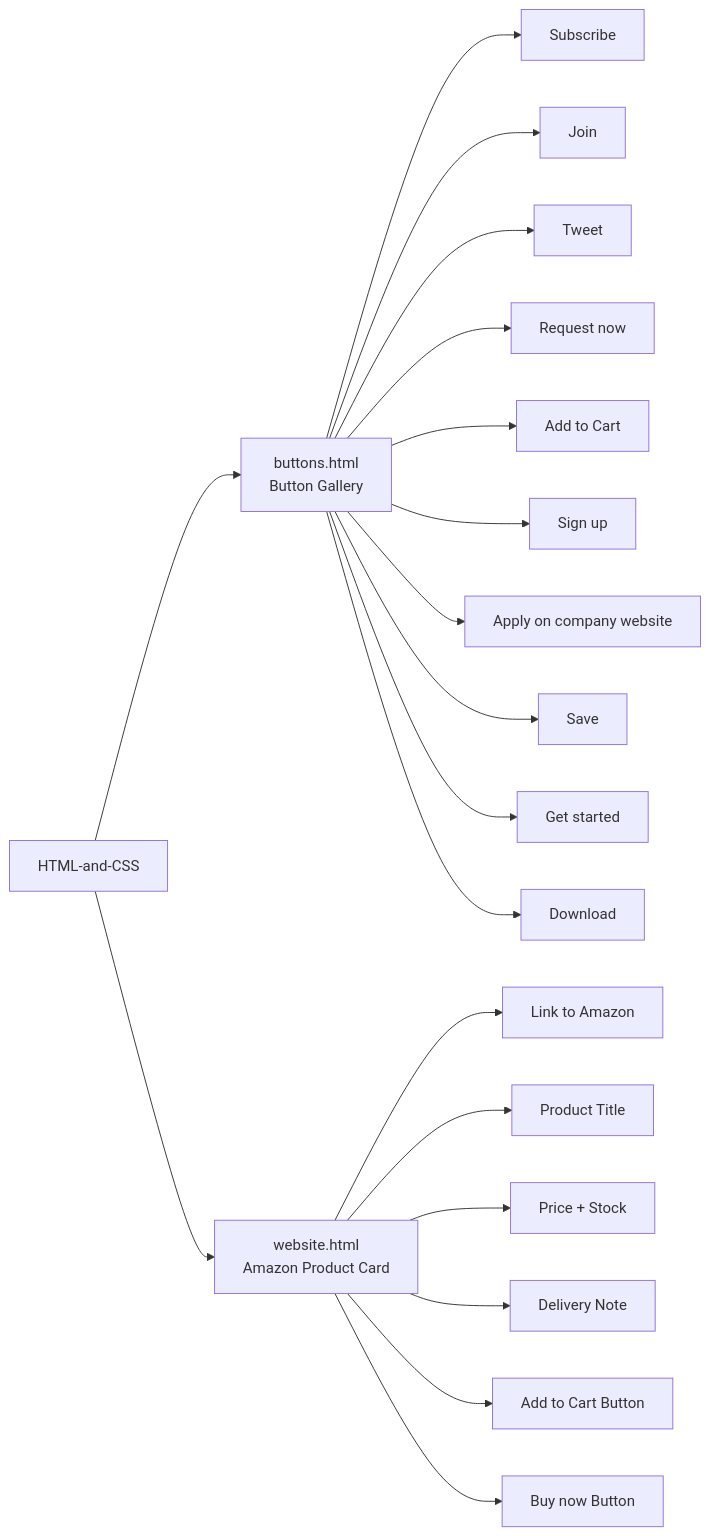
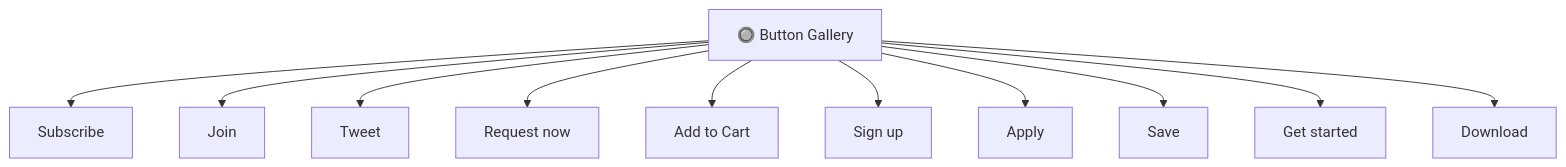
The second of 11 diagrams in README.md (Betha-hemanth/HTML-and-CSS), drawn with Mermaid before and after one commit. The commit also changed other lines of this file, not shown here.

````diff
--- a/README.md
+++ b/README.md
@@ -28,23 +43,13 @@
 ```mermaid
-flowchart LR
-    Repo["HTML-and-CSS"] --> A["buttons.html\nButton Gallery"]
-    Repo --> B["website.html\nAmazon Product Card"]
-
-    A --> A1[Subscribe]
-    A --> A2[Join]
-    A --> A3[Tweet]
-    A --> A4[Request now]
-    A --> A5[Add to Cart]
-    A --> A6[Sign up]
-    A --> A7[Apply on company website]
-    A --> A8[Save]
-    A --> A9[Get started]
-    A --> A10[Download]
-
-    B --> B1[Link to Amazon]
-    B --> B2[Product Title]
-    B --> B3[Price + Stock]
-    B --> B4[Delivery Note]
-    B --> B5["Add to Cart" Button]
-    B --> B6["Buy now" Button]
+flowchart TB
+    A["🔘 Button Gallery"] --> B["Subscribe"]
+    A --> C["Join"]
+    A --> D["Tweet"]
+    A --> E["Request now"]
+    A --> F["Add to Cart"]
+    A --> G["Sign up"]
+    A --> H["Apply"]
+    A --> I["Save"]
+    A --> J["Get started"]
+    A --> K["Download"]
 ```
````
